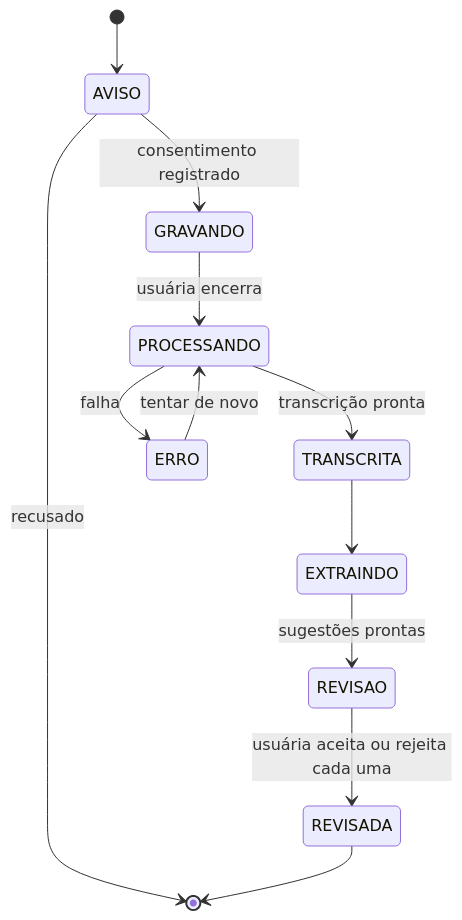
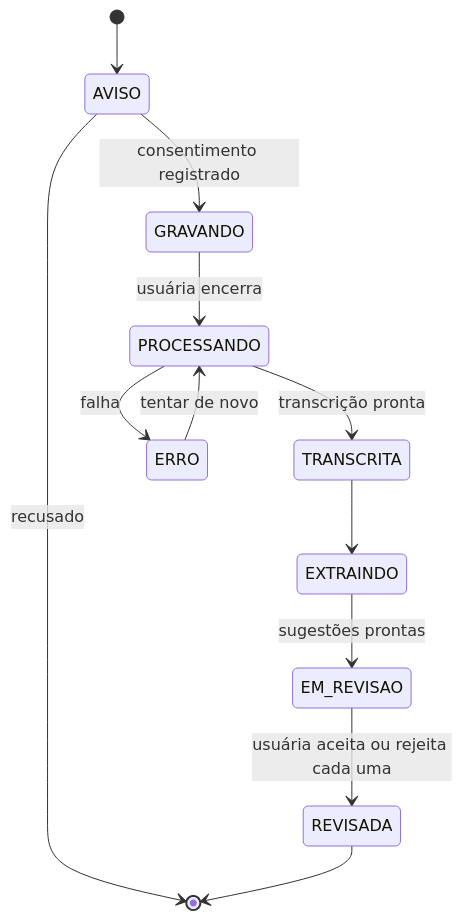
One commit to Movits/MMM changed the first of 3 diagrams in docs/arquitetura/fluxos.md. Above: the diagram before and after it, drawn with Mermaid. The commit also changed other lines of this file and 6 other files, not shown here.

````diff
--- a/docs/arquitetura/fluxos.md
+++ b/docs/arquitetura/fluxos.md
@@ -10,14 +13,14 @@
 ```mermaid
 stateDiagram-v2
     [*] --> AVISO
     AVISO --> GRAVANDO: consentimento registrado
     AVISO --> [*]: recusado
     GRAVANDO --> PROCESSANDO: usuária encerra
     PROCESSANDO --> TRANSCRITA: transcrição pronta
     PROCESSANDO --> ERRO: falha
     ERRO --> PROCESSANDO: tentar de novo
     TRANSCRITA --> EXTRAINDO
-    EXTRAINDO --> REVISAO: sugestões prontas
-    REVISAO --> REVISADA: usuária aceita ou rejeita cada uma
+    EXTRAINDO --> EM_REVISAO: sugestões prontas
+    EM_REVISAO --> REVISADA: usuária aceita ou rejeita cada uma
     REVISADA --> [*]
 ```
````
